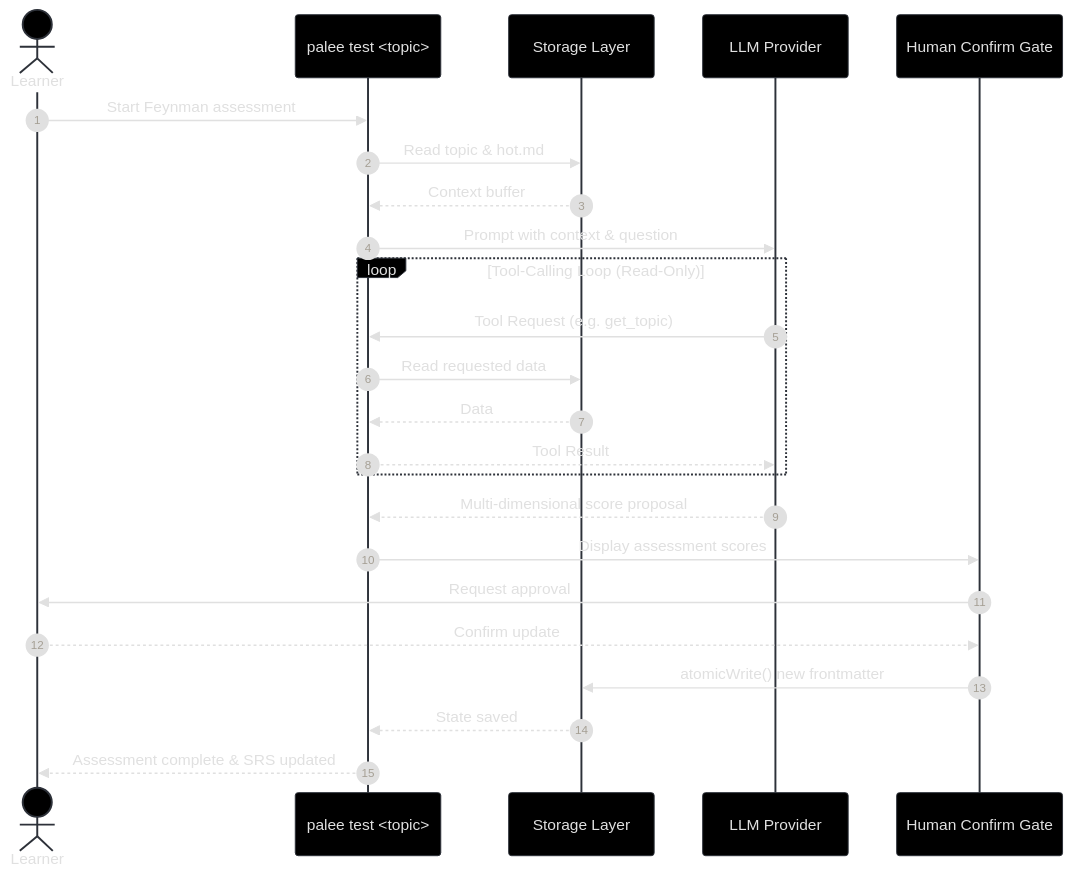
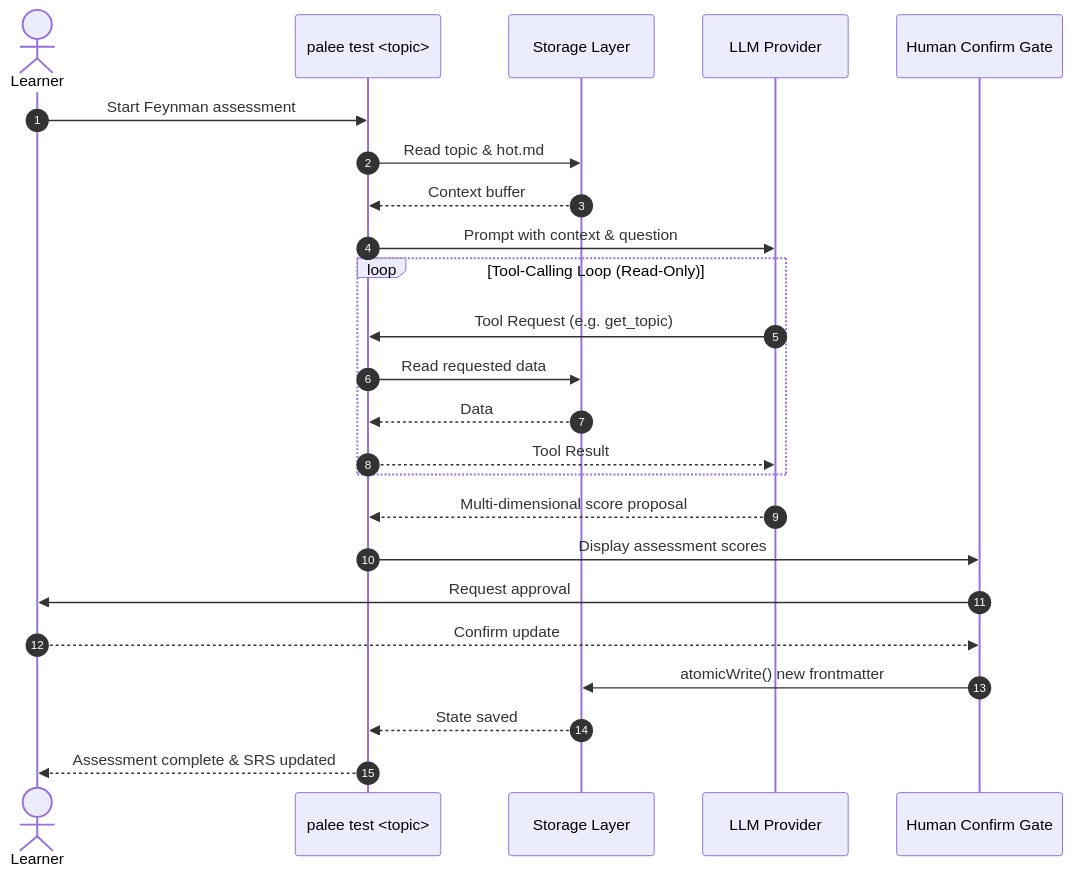
One commit to Kuldeep2822k/cli changed the first of 2 diagrams in docs/08-2-future-ai-module-and-phase-2-design.md. Above: the diagram before and after it, drawn with Mermaid. The commit also changed other lines of this file and 4 other files, not shown here.

First line of the commit message:
docs: render Mermaid diagrams like GitHub's dark preview

````diff
--- a/docs/08-2-future-ai-module-and-phase-2-design.md
+++ b/docs/08-2-future-ai-module-and-phase-2-design.md
@@ -29,44 +29,27 @@
 ```mermaid
-%%{init: {
-  'theme': 'base',
-  'themeVariables': {
-    'background': '#000000',
-    'primaryColor': '#000000',
-    'primaryTextColor': '#e0e0e0',
-    'primaryBorderColor': '#2d3139',
-    'lineColor': '#5a606b',
-    'secondaryColor': '#000000',
-    'tertiaryColor': '#000000',
-    'clusterBkg': '#0a0b0d',
-    'clusterBorder': '#1e2128',
-    'titleColor': '#8b949e',
-    'edgeLabelBackground': '#000000',
-    'fontFamily': 'Inter, system-ui, sans-serif'
-  }
-}}%%
 sequenceDiagram
     autonumber
     actor User as Learner
     participant CLI as palee test <topic>
     participant Storage as Storage Layer
     participant AI as LLM Provider
     participant Gate as Human Confirm Gate
 
     User->>CLI: Start Feynman assessment
     CLI->>Storage: Read topic & hot.md
     Storage-->>CLI: Context buffer
     CLI->>AI: Prompt with context & question
     loop Tool-Calling Loop (Read-Only)
         AI->>CLI: Tool Request (e.g. get_topic)
         CLI->>Storage: Read requested data
         Storage-->>CLI: Data
         CLI-->>AI: Tool Result
     end
     AI-->>CLI: Multi-dimensional score proposal
     CLI->>Gate: Display assessment scores
     Gate->>User: Request approval
     User-->>Gate: Confirm update
     Gate->>Storage: atomicWrite() new frontmatter
     Storage-->>CLI: State saved
     CLI-->>User: Assessment complete & SRS updated
 ```
````
